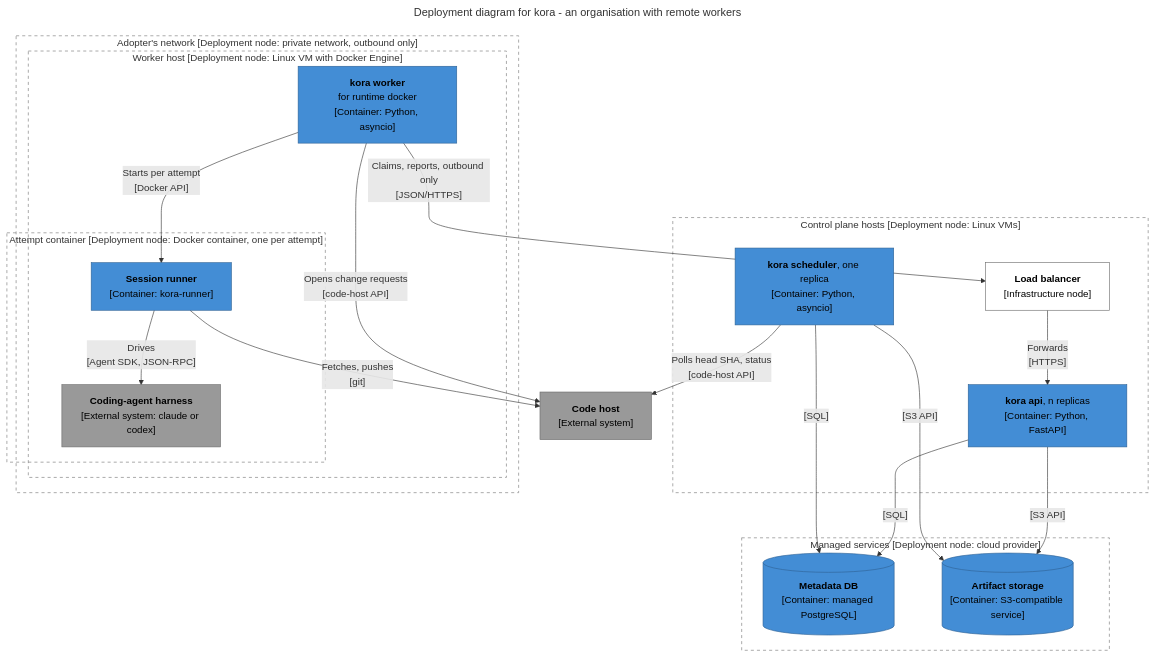
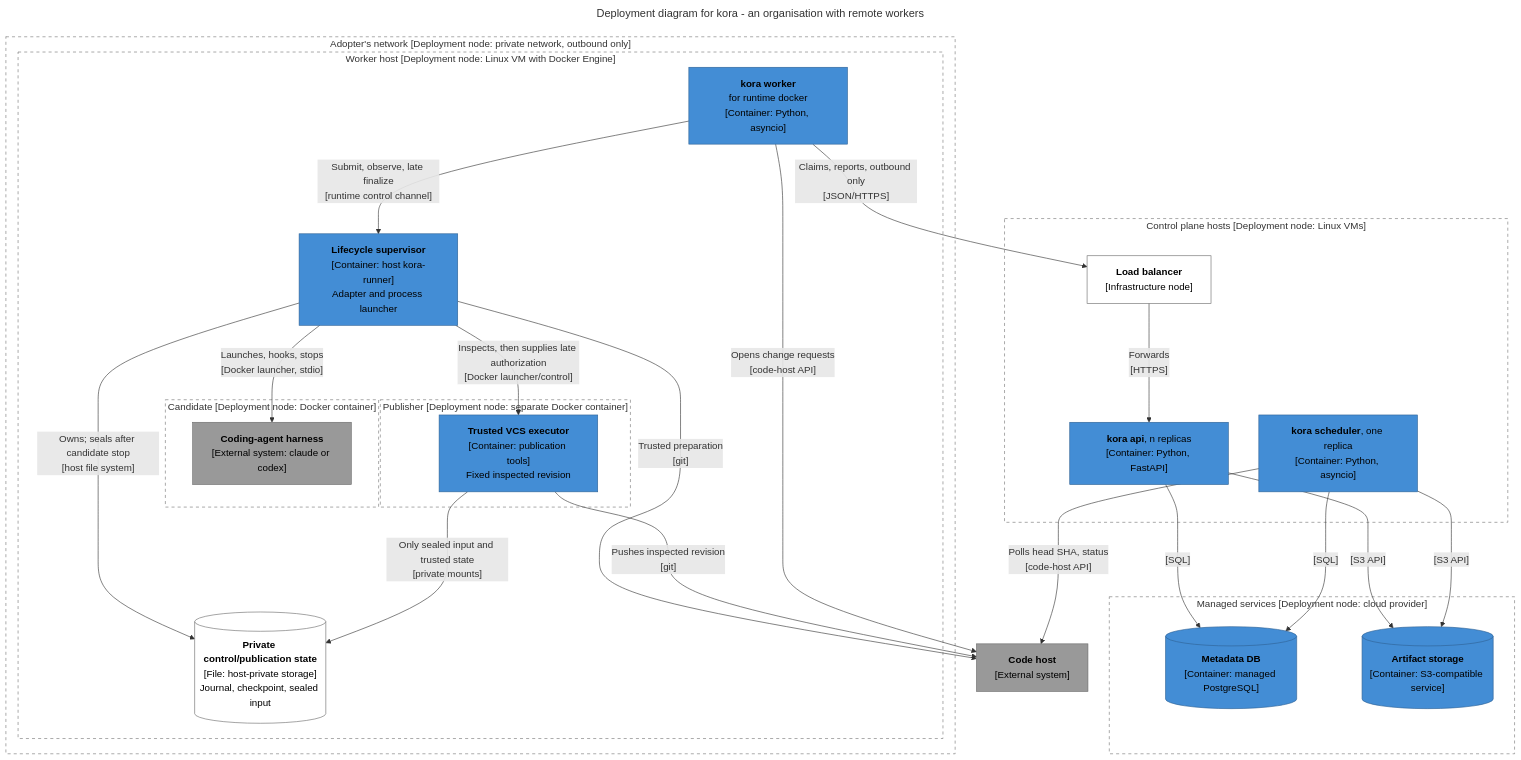
Before and after one commit to klukashka/kora: the sixth of 24 diagrams in knowledge/architecture/internals.md, drawn with Mermaid. The commit also changed other lines of this file, not shown here.

````diff
--- a/knowledge/architecture/internals.md
+++ b/knowledge/architecture/internals.md
@@ -316,49 +322,58 @@
 ```mermaid
 ---
 title: Deployment diagram for kora - an organisation with remote workers
 ---
 flowchart TB
   accTitle: Deployment diagram, an organisation with remote workers
-  accDescr: Control plane hosts run a load balancer, several kora api replicas and one kora scheduler over a managed PostgreSQL metadata database and S3-compatible artifact storage. Inside the adopter's network a worker host runs kora worker and Docker; each attempt gets its own container holding the session runner and the harness. The worker reaches the API through the load balancer over outbound HTTPS only. The runner pushes to the code host, the worker opens change requests and the scheduler polls the head SHA.
+  accDescr: The control plane uses PostgreSQL and S3-compatible storage. Inside the adopter's network the worker reaches the API over outbound HTTPS. One logical attempt has a host-side lifecycle supervisor and harness adapter, a separate candidate container and a publisher container. The supervisor owns private journal and publication state. It stops the whole candidate container before sealing input; only the publisher receives the fixed inspected input and late publication authorization. The candidate has no control mounts or Docker socket. Local development has a weaker boundary, shown next.
   classDef container fill:#438DD5,stroke:#2E6295,color:#000000
   classDef infra fill:#FFFFFF,stroke:#6B6B6B,color:#000000
   classDef ext fill:#999999,stroke:#6B6B6B,color:#000000
 
   subgraph cp ["Control plane hosts [Deployment node: Linux VMs]"]
     lb["<b>Load balancer</b><br/>[Infrastructure node]"]:::infra
     api["<b>kora api</b>, n replicas<br/>[Container: Python, FastAPI]"]:::container
     sched["<b>kora scheduler</b>, one replica<br/>[Container: Python, asyncio]"]:::container
   end
   subgraph data ["Managed services [Deployment node: cloud provider]"]
     pg[("<b>Metadata DB</b><br/>[Container: managed PostgreSQL]")]:::container
     s3[("<b>Artifact storage</b><br/>[Container: S3-compatible service]")]:::container
   end
   subgraph net ["Adopter's network [Deployment node: private network, outbound only]"]
     subgraph host ["Worker host [Deployment node: Linux VM with Docker Engine]"]
       worker["<b>kora worker</b><br/>for runtime docker<br/>[Container: Python, asyncio]"]:::container
-      subgraph ctr ["Attempt container [Deployment node: Docker container, one per attempt]"]
-        runner["<b>Session runner</b><br/>[Container: kora-runner]"]:::container
+      runner["<b>Lifecycle supervisor</b><br/>[Container: host kora-runner]<br/>Adapter and process launcher"]:::container
+      control[("<b>Private control/publication state</b><br/>[File: host-private storage]<br/>Journal, checkpoint, sealed input")]:::infra
+      subgraph ctr ["Candidate [Deployment node: Docker container]"]
         harness["<b>Coding-agent harness</b><br/>[External system: claude or codex]"]:::ext
+      end
+      subgraph pub ["Publisher [Deployment node: separate Docker container]"]
+        publisher["<b>Trusted VCS executor</b><br/>[Container: publication tools]<br/>Fixed inspected revision"]:::container
       end
     end
   end
   codehost["<b>Code host</b><br/>[External system]"]:::ext
 
   worker -->|"Claims, reports, outbound only<br/>[JSON/HTTPS]"| lb
   lb -->|"Forwards<br/>[HTTPS]"| api
   api -->|"[SQL]"| pg
   sched -->|"[SQL]"| pg
   api -->|"[S3 API]"| s3
   sched -->|"[S3 API]"| s3
-  worker -->|"Starts per attempt<br/>[Docker API]"| runner
-  runner -->|"Drives<br/>[Agent SDK, JSON-RPC]"| harness
-  runner -->|"Fetches, pushes<br/>[git]"| codehost
+  worker -->|"Submit, observe, late finalize<br/>[runtime control channel]"| runner
+  runner -->|"Launches, hooks, stops<br/>[Docker launcher, stdio]"| harness
+  runner -->|"Owns; seals after candidate stop<br/>[host file system]"| control
+  runner -->|"Trusted preparation<br/>[git]"| codehost
+  runner -->|"Inspects, then supplies late authorization<br/>[Docker launcher/control]"| publisher
+  publisher -->|"Only sealed input and trusted state<br/>[private mounts]"| control
+  publisher -->|"Pushes inspected revision<br/>[git]"| codehost
   worker -->|"Opens change requests<br/>[code-host API]"| codehost
   sched -->|"Polls head SHA, status<br/>[code-host API]"| codehost
 
   style cp fill:none,stroke:#767676,stroke-dasharray:5 5
   style data fill:none,stroke:#767676,stroke-dasharray:5 5
   style net fill:none,stroke:#767676,stroke-dasharray:5 5
   style host fill:none,stroke:#767676,stroke-dasharray:5 5
   style ctr fill:none,stroke:#767676,stroke-dasharray:5 5
+  style pub fill:none,stroke:#767676,stroke-dasharray:5 5
 ```
````
